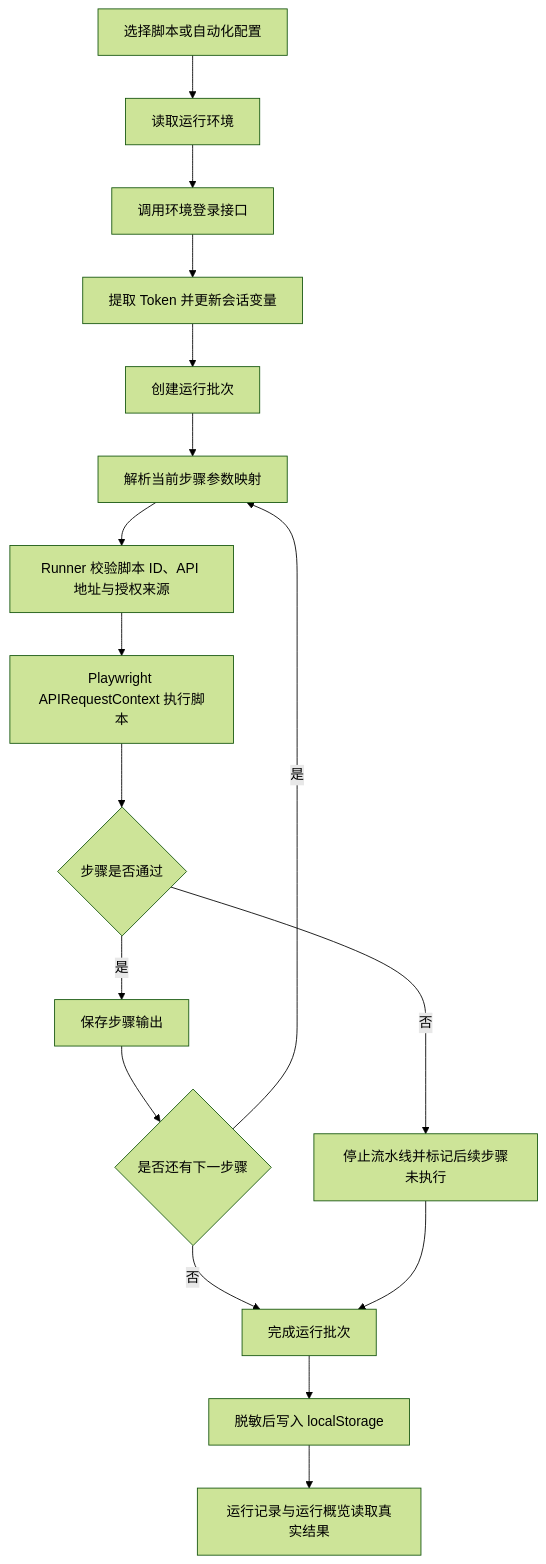
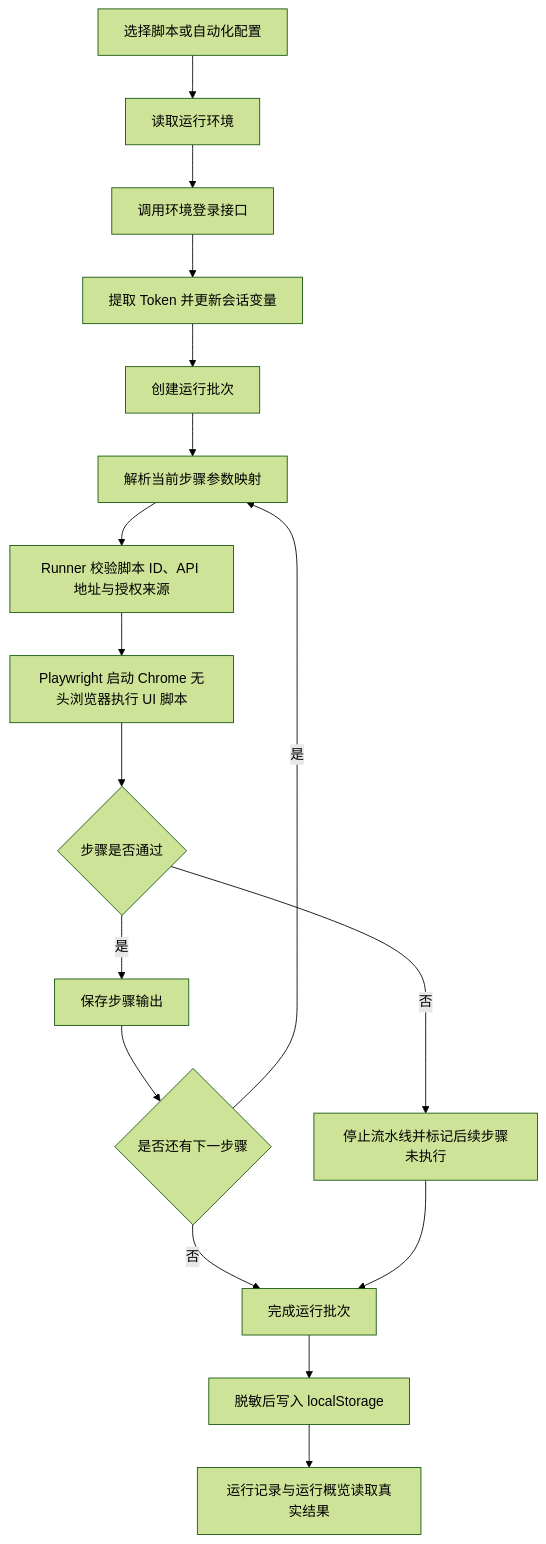
One commit to caozichen/autoTest changed the diagram in README.md. Above: the diagram before and after it, drawn with Mermaid (forest theme). The commit also changed other lines of this file and 32 other files, not shown here.

````diff
--- a/README.md
+++ b/README.md
@@ -67,19 +99,19 @@
 ```mermaid
 flowchart TD
     A["选择脚本或自动化配置"] --> B["读取运行环境"]
     B --> C["调用环境登录接口"]
     C --> D["提取 Token 并更新会话变量"]
     D --> E["创建运行批次"]
     E --> F["解析当前步骤参数映射"]
     F --> G["Runner 校验脚本 ID、API 地址与授权来源"]
-    G --> H["Playwright APIRequestContext 执行脚本"]
+    G --> H["Playwright 启动 Chrome 无头浏览器执行 UI 脚本"]
     H --> I{"步骤是否通过"}
     I -- "是" --> J["保存步骤输出"]
     J --> K{"是否还有下一步骤"}
     K -- "是" --> F
     K -- "否" --> M["完成运行批次"]
     I -- "否" --> L["停止流水线并标记后续步骤未执行"]
     L --> M
     M --> N["脱敏后写入 localStorage"]
     N --> O["运行记录与运行概览读取真实结果"]
 ```
````
